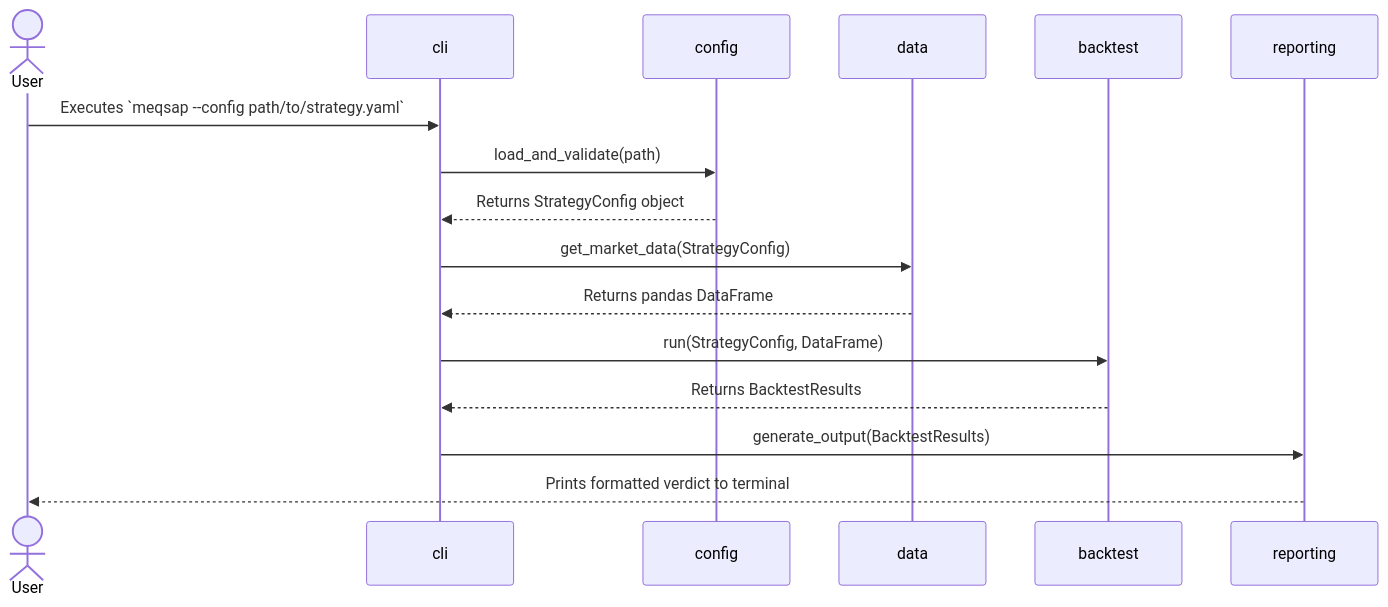
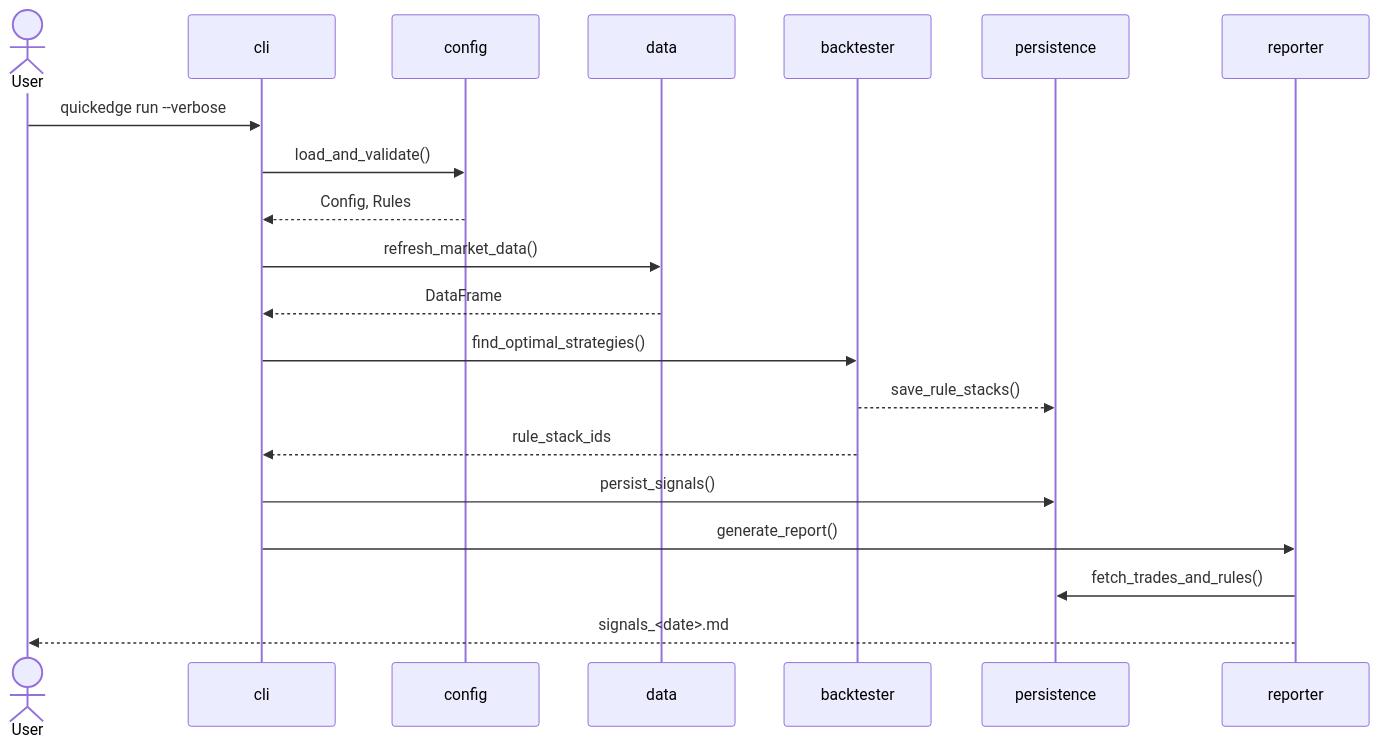
Before and after one commit to vijayanajay/stock_rule_based: the third of 3 diagrams in docs/architecture.md, drawn with Mermaid. The commit also changed other lines of this file and 5 other files, not shown here.

````diff
--- a/docs/architecture.md
+++ b/docs/architecture.md
@@ -280,19 +256,23 @@
 ```mermaid
 sequenceDiagram
     actor User
     participant CLI as cli
     participant Config as config
     participant Data as data
-    participant Backtest as backtest
-    participant Reporting as reporting
+    participant BT as backtester
+    participant DB as persistence
+    participant Rep as reporter
 
-    User->>CLI: Executes `meqsap --config path/to/strategy.yaml`
-    CLI->>Config: load_and_validate(path)
-    Config-->>CLI: Returns StrategyConfig object
-    CLI->>Data: get_market_data(StrategyConfig)
-    Data-->>CLI: Returns pandas DataFrame
-    CLI->>Backtest: run(StrategyConfig, DataFrame)
-    Backtest-->>CLI: Returns BacktestResults
-    CLI->>Reporting: generate_output(BacktestResults)
-    Reporting-->>User: Prints formatted verdict to terminal
+    User->>CLI: quickedge run --verbose
+    CLI->>Config: load_and_validate()
+    Config-->>CLI: Config, Rules
+    CLI->>Data: refresh_market_data()
+    Data-->>CLI: DataFrame
+    CLI->>BT: find_optimal_strategies()
+    BT-->>DB: save_rule_stacks()
+    BT-->>CLI: rule_stack_ids
+    CLI->>DB: persist_signals()
+    CLI->>Rep: generate_report()
+    Rep->>DB: fetch_trades_and_rules()
+    Rep-->>User: signals_<date>.md
 ```
````
